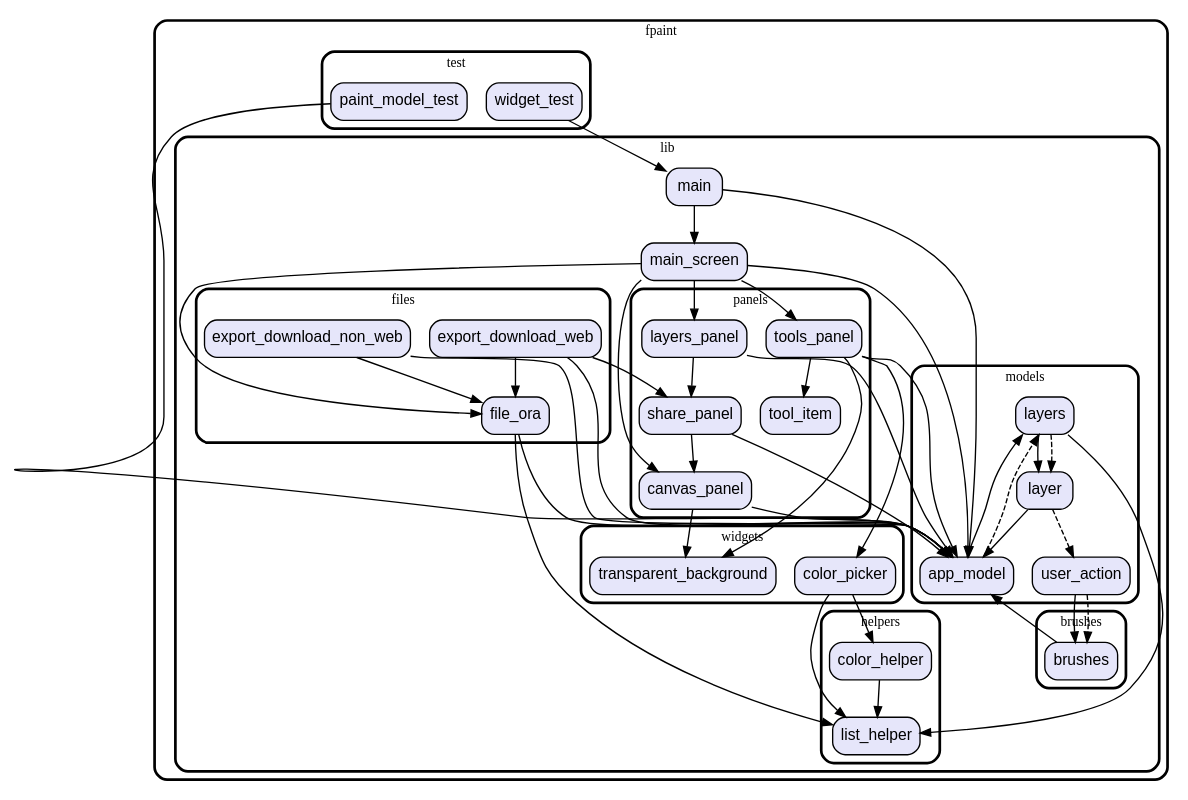
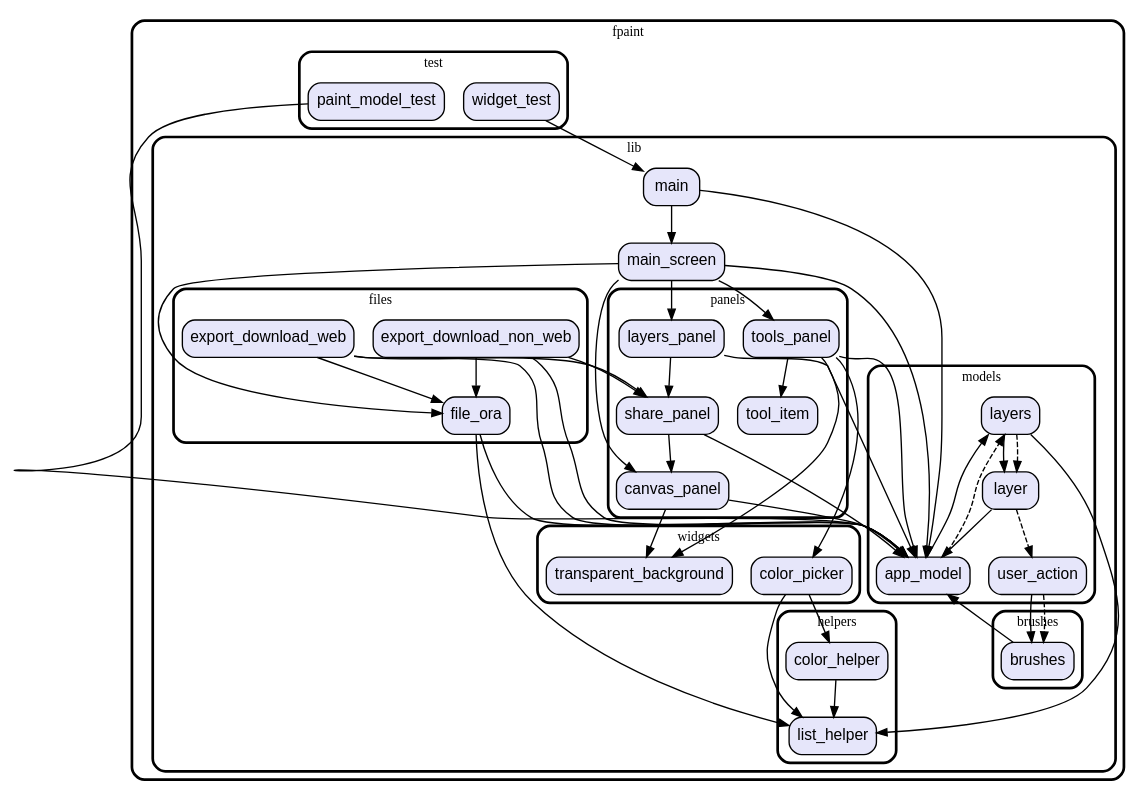
The diagram in graph.dot (vteam-com/fPaint), drawn with Graphviz before and after one commit. The commit also changed 4 other files, not shown here.

```diff
--- a/graph.dot
+++ b/graph.dot
@@ -1,113 +1,114 @@
 digraph "" {
   graph [style=rounded fontname="Arial Black" fontsize=13 penwidth=2.6];
   node [shape=rect style="filled,rounded" fontname=Arial fontsize=15 fillcolor=Lavender penwidth=1.3];
   edge [penwidth=1.3];
   "/test/paint_model_test.dart" [label="paint_model_test"];
   "/test/widget_test.dart" [label="widget_test"];
   "/lib/brushes/brushes.dart" [label="brushes"];
   "/lib/panels/canvas_panel.dart" [label="canvas_panel"];
   "/lib/panels/tool_item.dart" [label="tool_item"];
   "/lib/panels/share_panel.dart" [label="share_panel"];
   "/lib/panels/tools_panel.dart" [label="tools_panel"];
   "/lib/panels/layers_panel.dart" [label="layers_panel"];
   "/lib/models/layers.dart" [label="layers"];
   "/lib/models/user_action.dart" [label="user_action"];
   "/lib/models/app_model.dart" [label="app_model"];
   "/lib/models/layer.dart" [label="layer"];
   "/lib/main.dart" [label="main"];
   "/lib/files/export_download_web.dart" [label="export_download_web"];
   "/lib/files/file_ora.dart" [label="file_ora"];
   "/lib/files/export_download_non_web.dart" [label="export_download_non_web"];
   "/lib/main_screen.dart" [label="main_screen"];
   "/lib/helpers/list_helper.dart" [label="list_helper"];
   "/lib/helpers/color_helper.dart" [label="color_helper"];
   "/lib/widgets/transparent_background.dart" [label="transparent_background"];
   "/lib/widgets/color_picker.dart" [label="color_picker"];
   subgraph "cluster~" {
     label="fpaint";
     subgraph "cluster~/test" {
       label="test";
       "/test/paint_model_test.dart";
       "/test/widget_test.dart";
     }
     subgraph "cluster~/lib" {
       label="lib";
       "/lib/main.dart";
       "/lib/main_screen.dart";
       subgraph "cluster~/lib/brushes" {
         label="brushes";
         "/lib/brushes/brushes.dart";
       }
       subgraph "cluster~/lib/panels" {
         label="panels";
         "/lib/panels/canvas_panel.dart";
         "/lib/panels/tool_item.dart";
         "/lib/panels/share_panel.dart";
         "/lib/panels/tools_panel.dart";
         "/lib/panels/layers_panel.dart";
       }
       subgraph "cluster~/lib/models" {
         label="models";
         "/lib/models/layers.dart";
         "/lib/models/user_action.dart";
         "/lib/models/app_model.dart";
         "/lib/models/layer.dart";
       }
       subgraph "cluster~/lib/files" {
         label="files";
         "/lib/files/export_download_web.dart";
         "/lib/files/file_ora.dart";
         "/lib/files/export_download_non_web.dart";
       }
       subgraph "cluster~/lib/helpers" {
         label="helpers";
         "/lib/helpers/list_helper.dart";
         "/lib/helpers/color_helper.dart";
       }
       subgraph "cluster~/lib/widgets" {
         label="widgets";
         "/lib/widgets/transparent_background.dart";
         "/lib/widgets/color_picker.dart";
       }
     }
   }
   "/test/paint_model_test.dart" -> "/lib/models/app_model.dart";
   "/test/widget_test.dart" -> "/lib/main.dart";
   "/lib/brushes/brushes.dart" -> "/lib/models/app_model.dart";
   "/lib/panels/canvas_panel.dart" -> "/lib/widgets/transparent_background.dart";
   "/lib/panels/canvas_panel.dart" -> "/lib/models/app_model.dart";
   "/lib/panels/share_panel.dart" -> "/lib/models/app_model.dart";
   "/lib/panels/share_panel.dart" -> "/lib/panels/canvas_panel.dart";
   "/lib/panels/tools_panel.dart" -> "/lib/models/app_model.dart";
   "/lib/panels/tools_panel.dart" -> "/lib/panels/tool_item.dart";
   "/lib/panels/tools_panel.dart" -> "/lib/widgets/color_picker.dart";
   "/lib/panels/tools_panel.dart" -> "/lib/widgets/transparent_background.dart";
   "/lib/panels/layers_panel.dart" -> "/lib/models/app_model.dart";
   "/lib/panels/layers_panel.dart" -> "/lib/panels/share_panel.dart";
   "/lib/models/layers.dart" -> "/lib/helpers/list_helper.dart";
   "/lib/models/layers.dart" -> "/lib/models/layer.dart";
   "/lib/models/layers.dart" -> "/lib/models/layer.dart" [style=dashed];
   "/lib/models/user_action.dart" -> "/lib/brushes/brushes.dart";
   "/lib/models/user_action.dart" -> "/lib/brushes/brushes.dart" [style=dashed];
   "/lib/models/app_model.dart" -> "/lib/models/layers.dart";
   "/lib/models/app_model.dart" -> "/lib/models/layers.dart" [style=dashed];
   "/lib/models/layer.dart" -> "/lib/models/app_model.dart";
   "/lib/models/layer.dart" -> "/lib/models/user_action.dart" [style=dashed];
   "/lib/main.dart" -> "/lib/main_screen.dart";
   "/lib/main.dart" -> "/lib/models/app_model.dart";
   "/lib/files/export_download_web.dart" -> "/lib/files/file_ora.dart";
   "/lib/files/export_download_web.dart" -> "/lib/models/app_model.dart";
   "/lib/files/export_download_web.dart" -> "/lib/panels/share_panel.dart";
   "/lib/files/file_ora.dart" -> "/lib/helpers/list_helper.dart";
   "/lib/files/file_ora.dart" -> "/lib/models/app_model.dart";
   "/lib/files/export_download_non_web.dart" -> "/lib/files/file_ora.dart";
   "/lib/files/export_download_non_web.dart" -> "/lib/models/app_model.dart";
+  "/lib/files/export_download_non_web.dart" -> "/lib/panels/share_panel.dart";
   "/lib/main_screen.dart" -> "/lib/files/file_ora.dart";
   "/lib/main_screen.dart" -> "/lib/panels/canvas_panel.dart";
   "/lib/main_screen.dart" -> "/lib/panels/layers_panel.dart";
   "/lib/main_screen.dart" -> "/lib/panels/tools_panel.dart";
   "/lib/main_screen.dart" -> "/lib/models/app_model.dart";
   "/lib/helpers/color_helper.dart" -> "/lib/helpers/list_helper.dart";
   "/lib/widgets/color_picker.dart" -> "/lib/helpers/color_helper.dart";
   "/lib/widgets/color_picker.dart" -> "/lib/helpers/list_helper.dart";
 }
```
